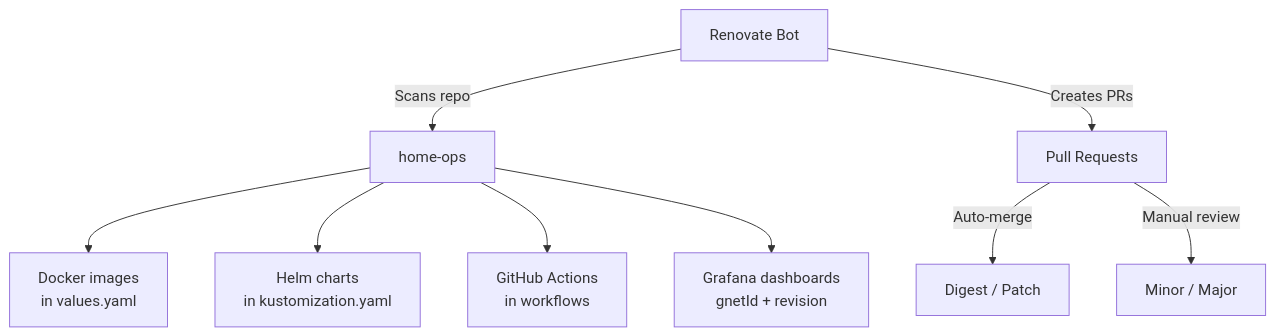
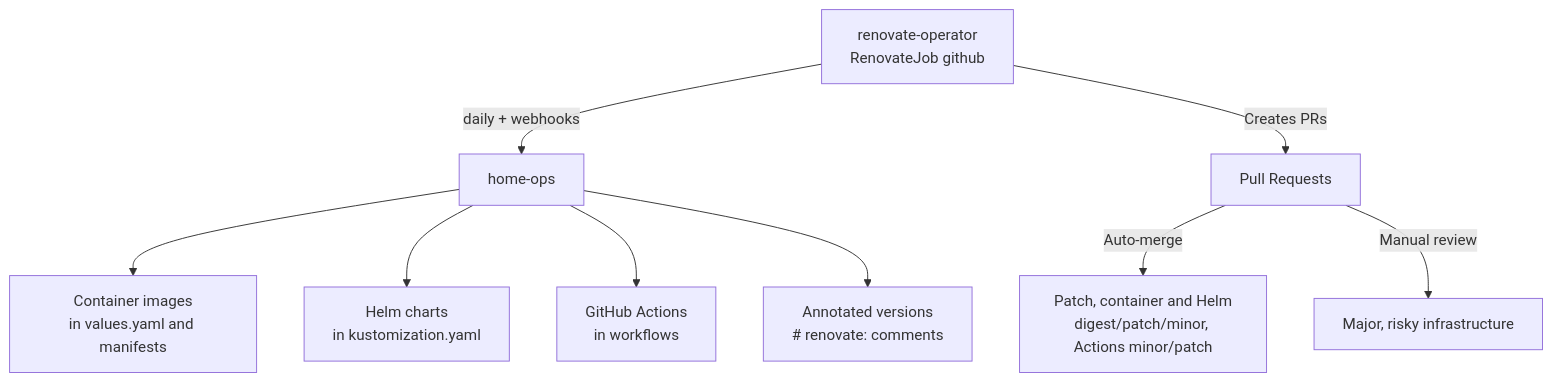
Before and after one commit to swibrow/home-ops: the diagram in docs/ci-cd/renovate.md, drawn with Mermaid. The commit also changed other lines of this file and 105 other files, not shown here.

````diff
--- a/docs/ci-cd/renovate.md
+++ b/docs/ci-cd/renovate.md
@@ -11,12 +16,12 @@
 ```mermaid
 flowchart TD
-    Renovate[Renovate Bot] -->|Scans repo| Repo[home-ops]
-    Repo --> Docker[Docker images<br/>in values.yaml]
+    Op[renovate-operator\nRenovateJob github] -->|daily + webhooks| Repo[home-ops]
+    Repo --> Docker[Container images<br/>in values.yaml and manifests]
     Repo --> Helm[Helm charts<br/>in kustomization.yaml]
     Repo --> Actions[GitHub Actions<br/>in workflows]
-    Repo --> Grafana[Grafana dashboards<br/>gnetId + revision]
+    Repo --> Annotated[Annotated versions<br/># renovate: comments]
 
-    Renovate -->|Creates PRs| PRs[Pull Requests]
-    PRs -->|Auto-merge| AutoMerge[Digest / Patch]
-    PRs -->|Manual review| Manual[Minor / Major]
+    Op -->|Creates PRs| PRs[Pull Requests]
+    PRs -->|Auto-merge| AutoMerge[Patch, container and Helm<br/>digest/patch/minor, Actions minor/patch]
+    PRs -->|Manual review| Manual[Major, risky infrastructure]
 ```
````
